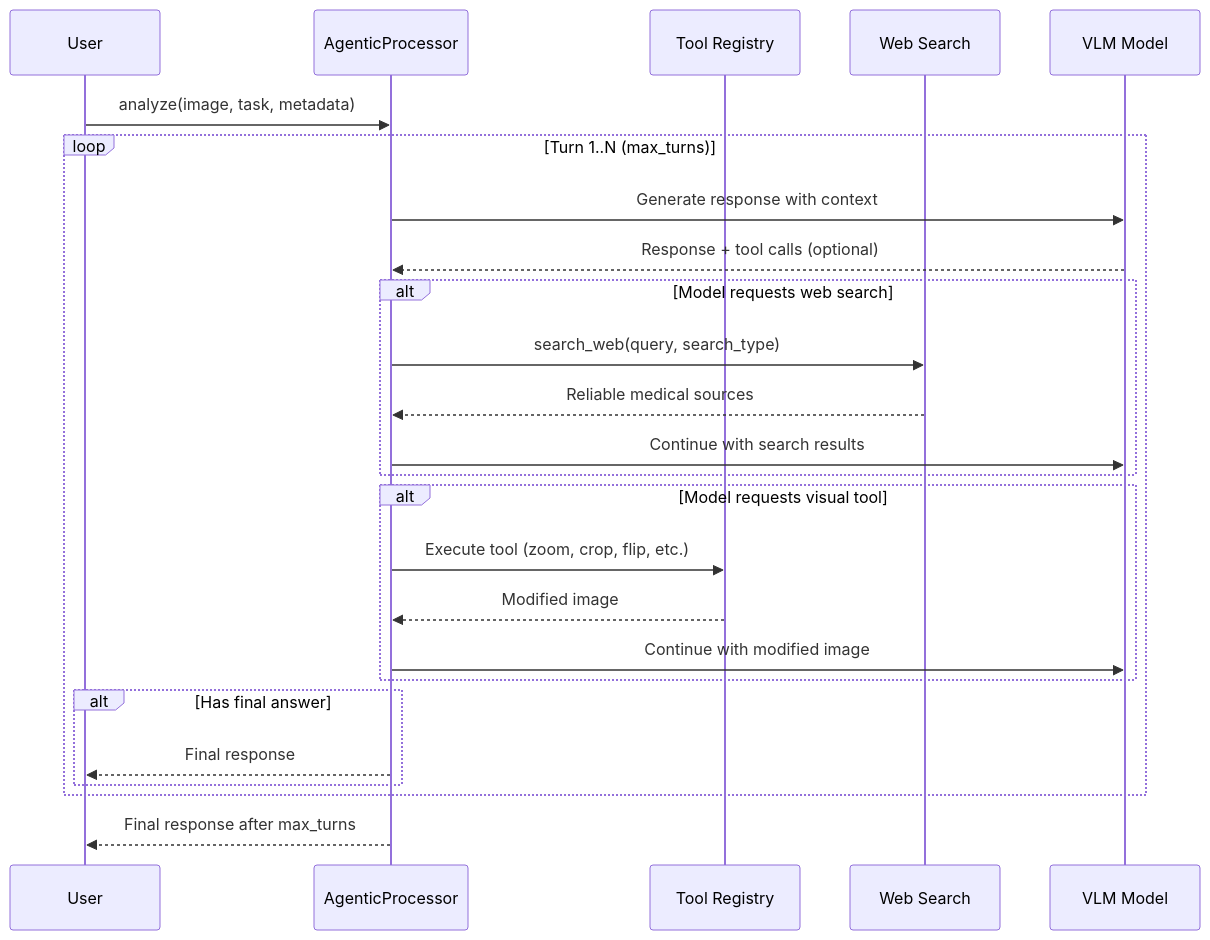
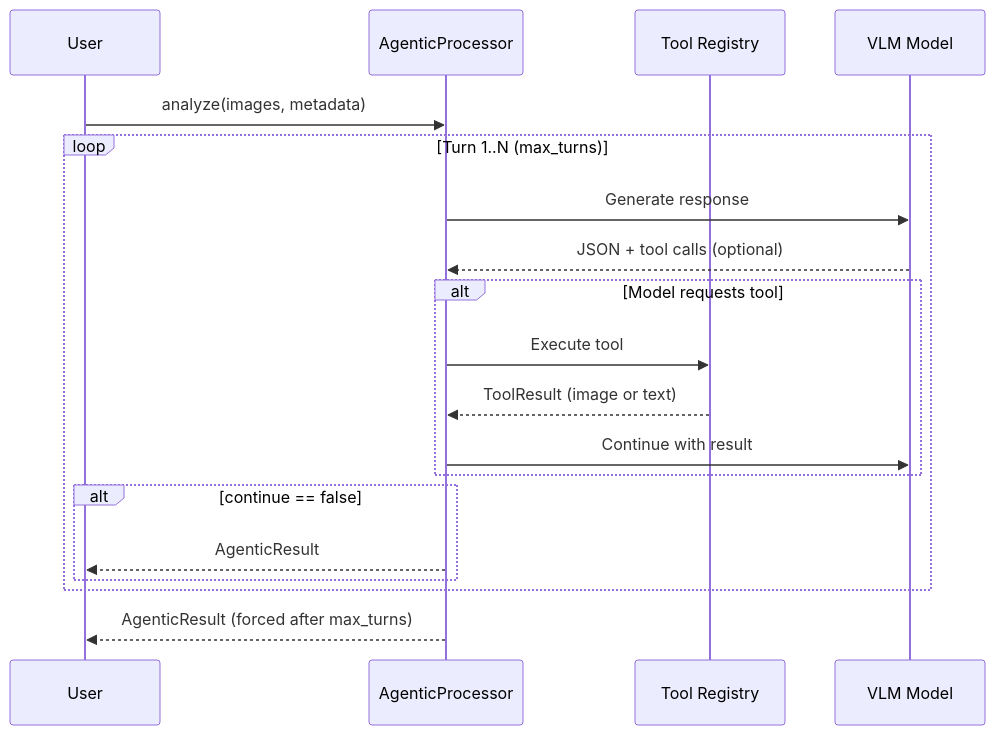
The second of 2 diagrams in examples/nova/docs/agentic_workflow.md (liamchalcroft/gaze), drawn with Mermaid before and after one commit. The commit also changed other lines of this file and 12 other files, not shown here.

````diff
--- a/examples/nova/docs/agentic_workflow.md
+++ b/examples/nova/docs/agentic_workflow.md
@@ -170,33 +114,26 @@
 ```mermaid
 sequenceDiagram
     participant U as User
     participant AP as AgenticProcessor
     participant TR as Tool Registry
-    participant WS as Web Search
     participant M as VLM Model
 
-    U->>AP: analyze(image, task, metadata)
+    U->>AP: analyze(images, metadata)
 
     loop Turn 1..N (max_turns)
-        AP->>M: Generate response with context
-        M-->>AP: Response + tool calls (optional)
+        AP->>M: Generate response
+        M-->>AP: JSON + tool calls (optional)
 
-        alt Model requests web search
-            AP->>WS: search_web(query, search_type)
-            WS-->>AP: Reliable medical sources
-            AP->>M: Continue with search results
+        alt Model requests tool
+            AP->>TR: Execute tool
+            TR-->>AP: ToolResult (image or text)
+            AP->>M: Continue with result
         end
 
-        alt Model requests visual tool
-            AP->>TR: Execute tool (zoom, crop, flip, etc.)
-            TR-->>AP: Modified image
-            AP->>M: Continue with modified image
-        end
-
-        alt Has final answer
-            AP-->>U: Final response
+        alt continue == false
+            AP-->>U: AgenticResult
         end
     end
 
-    AP-->>U: Final response after max_turns
+    AP-->>U: AgenticResult (forced after max_turns)
 ```
````
